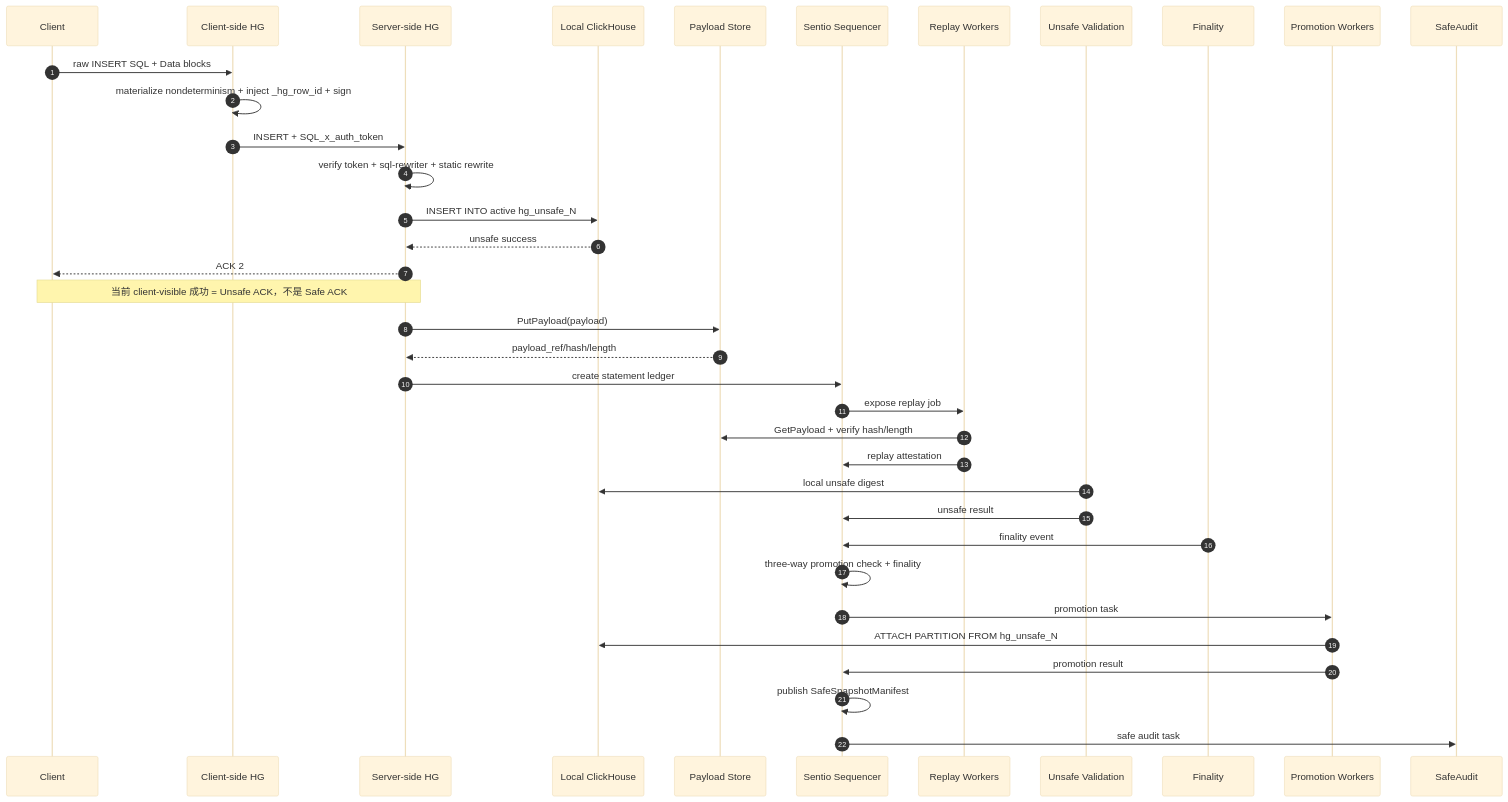
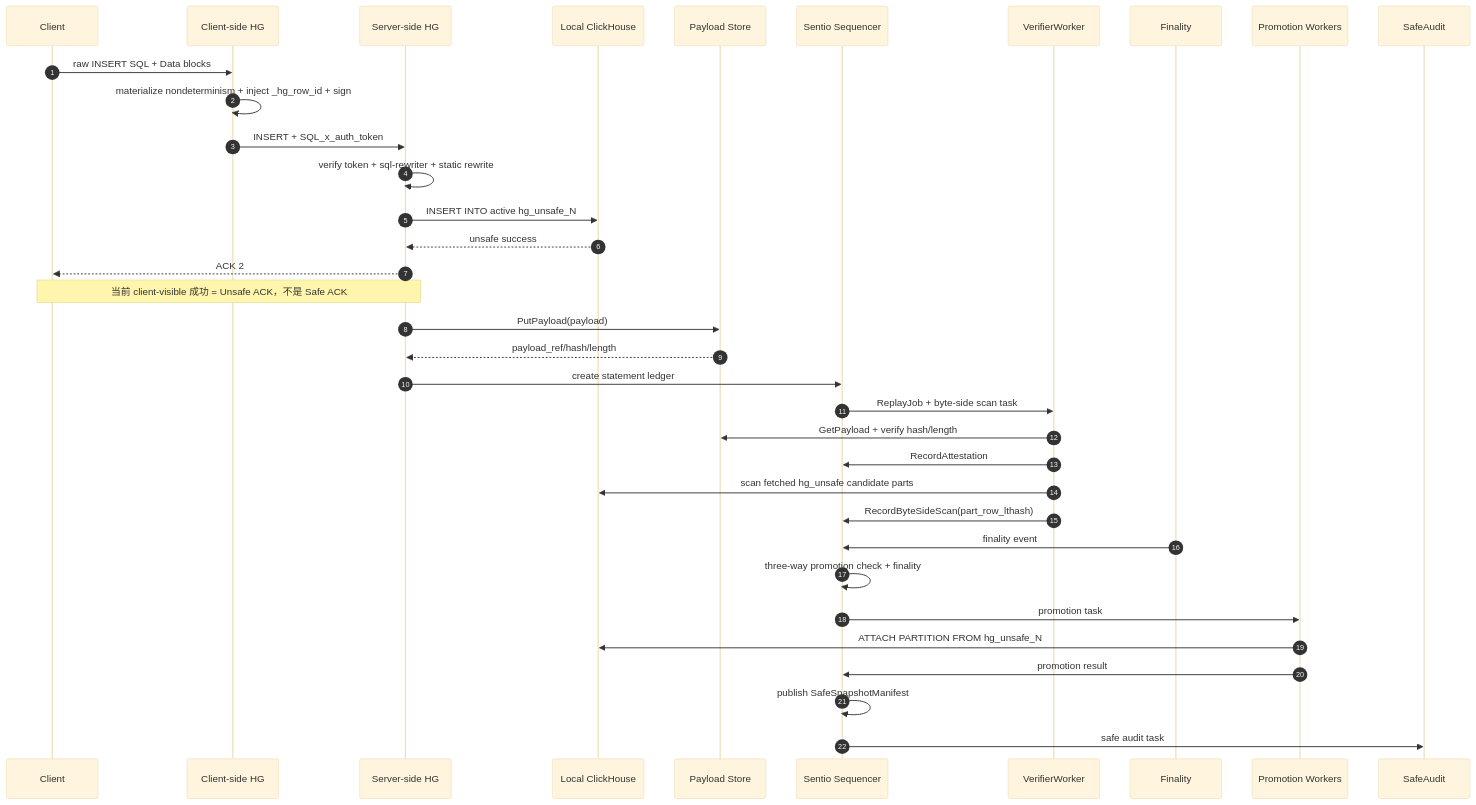
One commit to housegate/housegate changed the second of 4 diagrams in docs/superpowers/specs/2026-07-01-sentio-sequencer-storage-integrity-unified-design.zh-CN.md. Above: the diagram before and after it, drawn with Mermaid (base theme). The commit also changed other lines of this file, not shown here.

Commit message:
docs: replace unsafe validation wording

````diff
--- a/docs/superpowers/specs/2026-07-01-sentio-sequencer-storage-integrity-unified-design.zh-CN.md
+++ b/docs/superpowers/specs/2026-07-01-sentio-sequencer-storage-integrity-unified-design.zh-CN.md
@@ -165,39 +165,38 @@
 ```mermaid
 sequenceDiagram
   autonumber
   participant C as Client
   participant CHG as Client-side HG
   participant HG as Server-side HG
   participant CH as Local ClickHouse
   participant DA as Payload Store
   participant HK as Sentio Sequencer
-  participant RV as Replay Workers
-  participant UV as Unsafe Validation
+  participant VW as VerifierWorker
   participant F as Finality
   participant PW as Promotion Workers
   participant SA as SafeAudit
 
   C->>CHG: raw INSERT SQL + Data blocks
   CHG->>CHG: materialize nondeterminism + inject _hg_row_id + sign
   CHG->>HG: INSERT + SQL_x_auth_token
   HG->>HG: verify token + sql-rewriter + static rewrite
   HG->>CH: INSERT INTO active hg_unsafe_N
   CH-->>HG: unsafe success
   HG-->>C: ACK 2
   Note over C,HG: 当前 client-visible 成功 = Unsafe ACK，不是 Safe ACK
   HG->>DA: PutPayload(payload)
   DA-->>HG: payload_ref/hash/length
   HG->>HK: create statement ledger
-  HK->>RV: expose replay job
-  RV->>DA: GetPayload + verify hash/length
-  RV->>HK: replay attestation
-  UV->>CH: local unsafe digest
-  UV->>HK: unsafe result
+  HK->>VW: ReplayJob + byte-side scan task
+  VW->>DA: GetPayload + verify hash/length
+  VW->>HK: RecordAttestation
+  VW->>CH: scan fetched hg_unsafe candidate parts
+  VW->>HK: RecordByteSideScan(part_row_lthash)
   F->>HK: finality event
   HK->>HK: three-way promotion check + finality
   HK->>PW: promotion task
   PW->>CH: ATTACH PARTITION FROM hg_unsafe_N
   PW->>HK: promotion result
   HK->>HK: publish SafeSnapshotManifest
   HK->>SA: safe audit task
 ```
````
